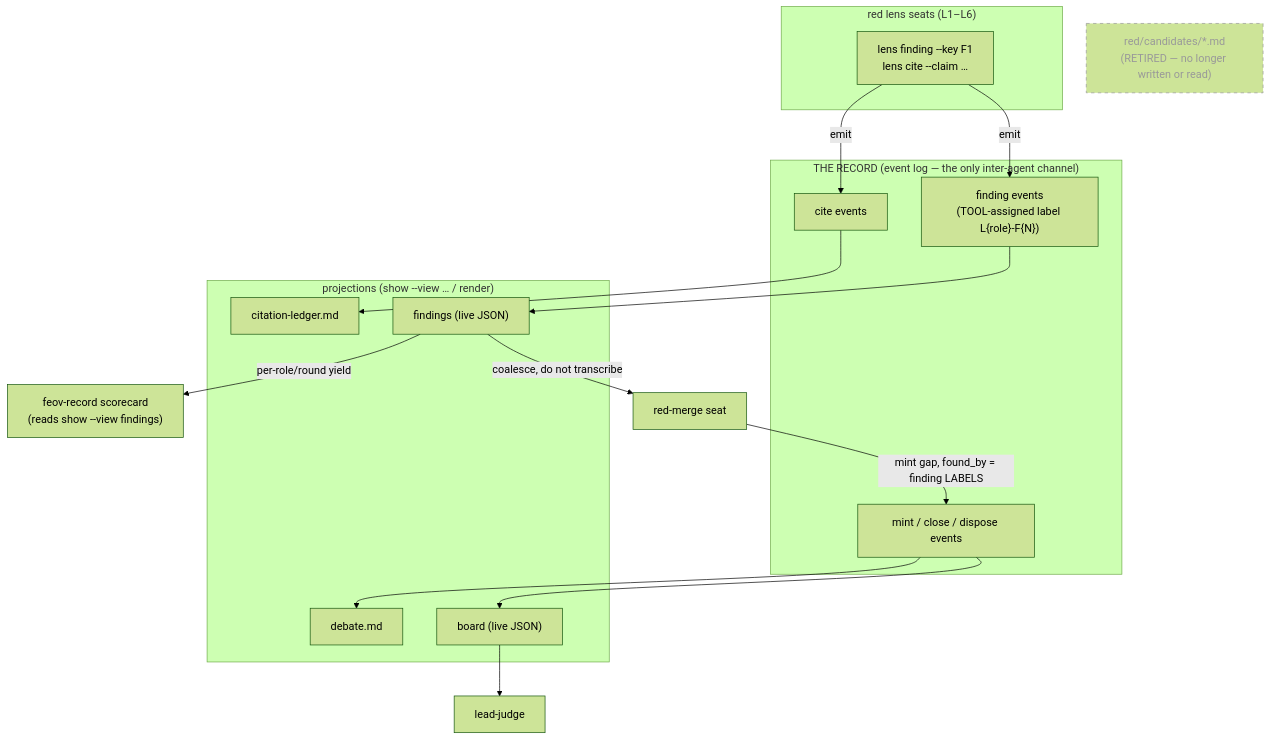
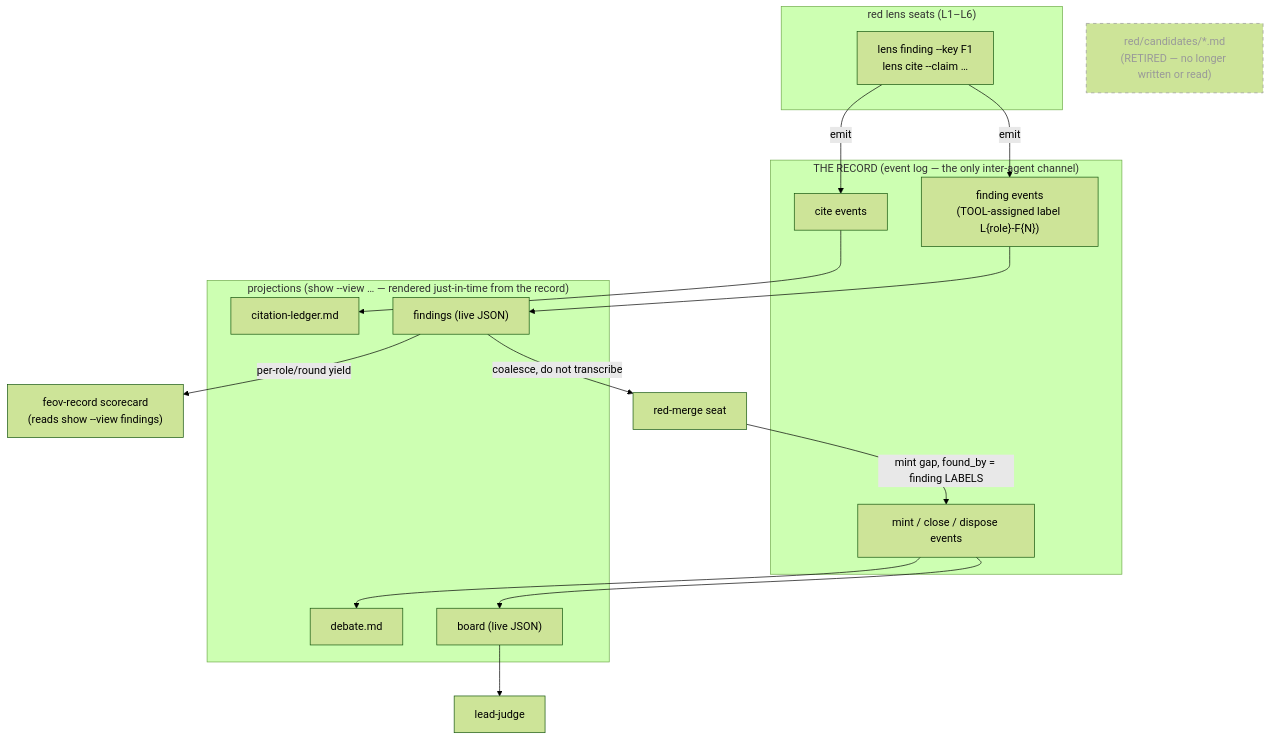
One commit to ctoforaday/special-circumstances changed the diagram in plugins/frank-exchange-of-views/docs/record-flow.md. Above: the diagram before and after it, drawn with Mermaid (forest theme). The commit also changed other lines of this file and 25 other files, not shown here.

First line of the commit message:
test(feov): return markdown-view goldens + fix render-shadow doc/diagram drift

````diff
--- a/plugins/frank-exchange-of-views/docs/record-flow.md
+++ b/plugins/frank-exchange-of-views/docs/record-flow.md
@@ -11,35 +11,35 @@
 ```mermaid
 flowchart TB
   subgraph lenses["red lens seats (L1–L6)"]
     L["lens finding --key F1<br/>lens cite --claim …"]
   end
   subgraph record["THE RECORD (event log — the only inter-agent channel)"]
     FE["finding events<br/>(TOOL-assigned label L{role}-F{N})"]
     CE["cite events"]
     ME["mint / close / dispose events"]
   end
-  subgraph views["projections (show --view … / render)"]
+  subgraph views["projections (show --view … — rendered just-in-time from the record)"]
     FV["findings (live JSON)"]
     CL["citation-ledger.md"]
     BD["board (live JSON)"]
     DBT["debate.md"]
   end
   merge["red-merge seat"]
   score["feov-record scorecard<br/>(reads show --view findings)"]
   bench["lead-judge"]
 
   L -->|emit| FE
   L -->|emit| CE
   FE --> FV
   CE --> CL
   ME --> BD
   FV -->|coalesce, do not transcribe| merge
   merge -->|mint gap, found_by = finding LABELS| ME
   FV -->|per-role/round yield| score
   BD --> bench
   ME --> DBT
 
   X["red/candidates/*.md<br/>(RETIRED — no longer written or read)"]
   class X retired
   classDef retired stroke-dasharray:5 5,color:#999,stroke:#999
 ```
````
